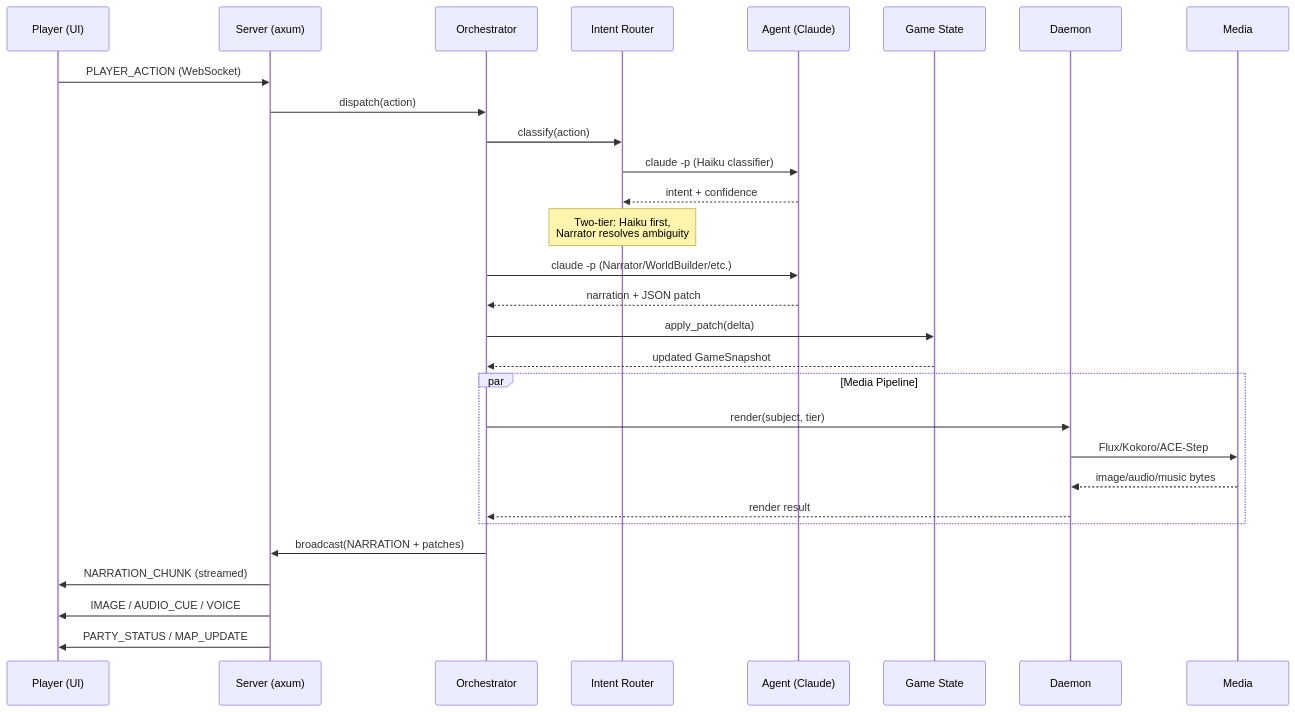
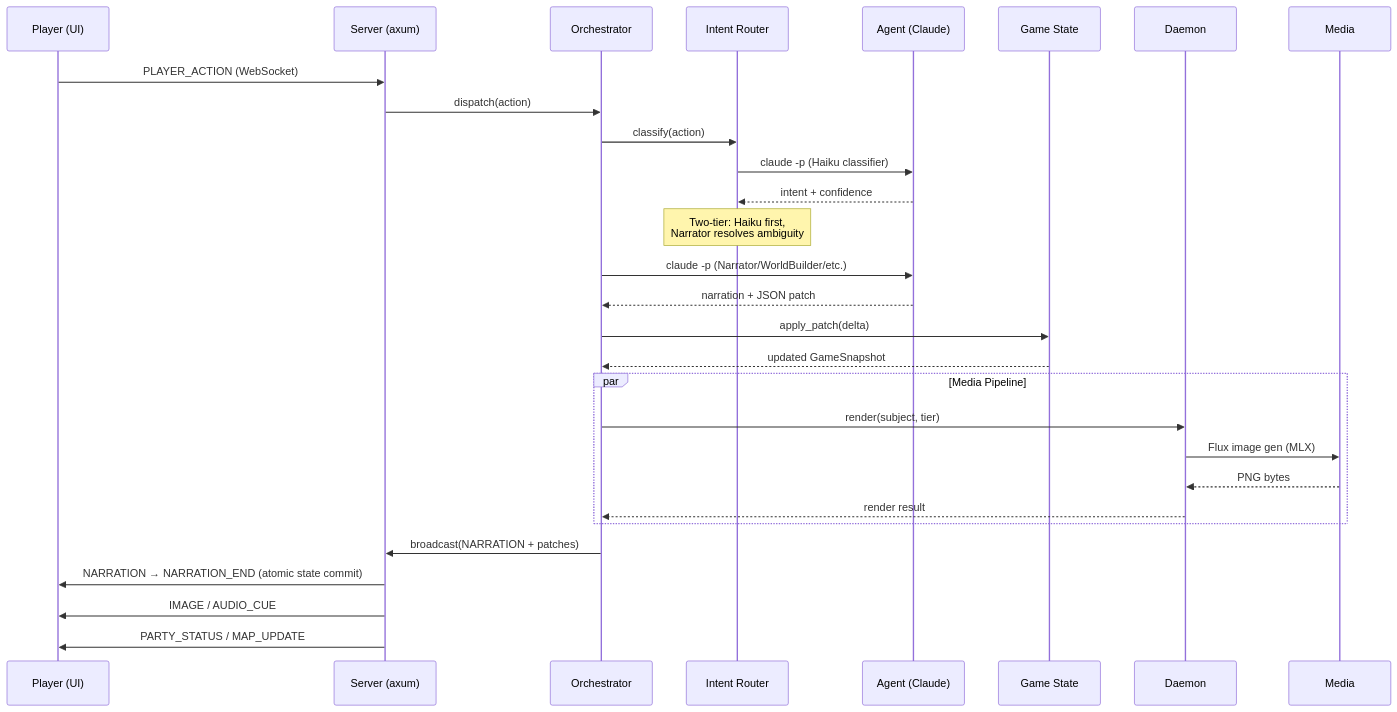
The second of 4 diagrams in docs/system-diagram.md (slabgorb/sidequest), drawn with Mermaid before and after one commit. The commit also changed other lines of this file and 8 other files, not shown here.

````diff
--- a/docs/system-diagram.md
+++ b/docs/system-diagram.md
@@ -82,37 +78,37 @@
 ```mermaid
 sequenceDiagram
     participant P as Player (UI)
     participant S as Server (axum)
     participant O as Orchestrator
     participant I as Intent Router
     participant A as Agent (Claude)
     participant G as Game State
     participant D as Daemon
     participant M as Media
 
     P->>S: PLAYER_ACTION (WebSocket)
     S->>O: dispatch(action)
 
     O->>I: classify(action)
     I->>A: claude -p (Haiku classifier)
     A-->>I: intent + confidence
     Note over I: Two-tier: Haiku first,<br/>Narrator resolves ambiguity
 
     O->>A: claude -p (Narrator/WorldBuilder/etc.)
     A-->>O: narration + JSON patch
 
     O->>G: apply_patch(delta)
     G-->>O: updated GameSnapshot
 
     par Media Pipeline
         O->>D: render(subject, tier)
-        D->>M: Flux/Kokoro/ACE-Step
-        M-->>D: image/audio/music bytes
+        D->>M: Flux image gen (MLX)
+        M-->>D: PNG bytes
         D-->>O: render result
     end
 
     O->>S: broadcast(NARRATION + patches)
-    S->>P: NARRATION_CHUNK (streamed)
-    S->>P: IMAGE / AUDIO_CUE / VOICE
+    S->>P: NARRATION → NARRATION_END (atomic state commit)
+    S->>P: IMAGE / AUDIO_CUE
     S->>P: PARTY_STATUS / MAP_UPDATE
 ```
````
